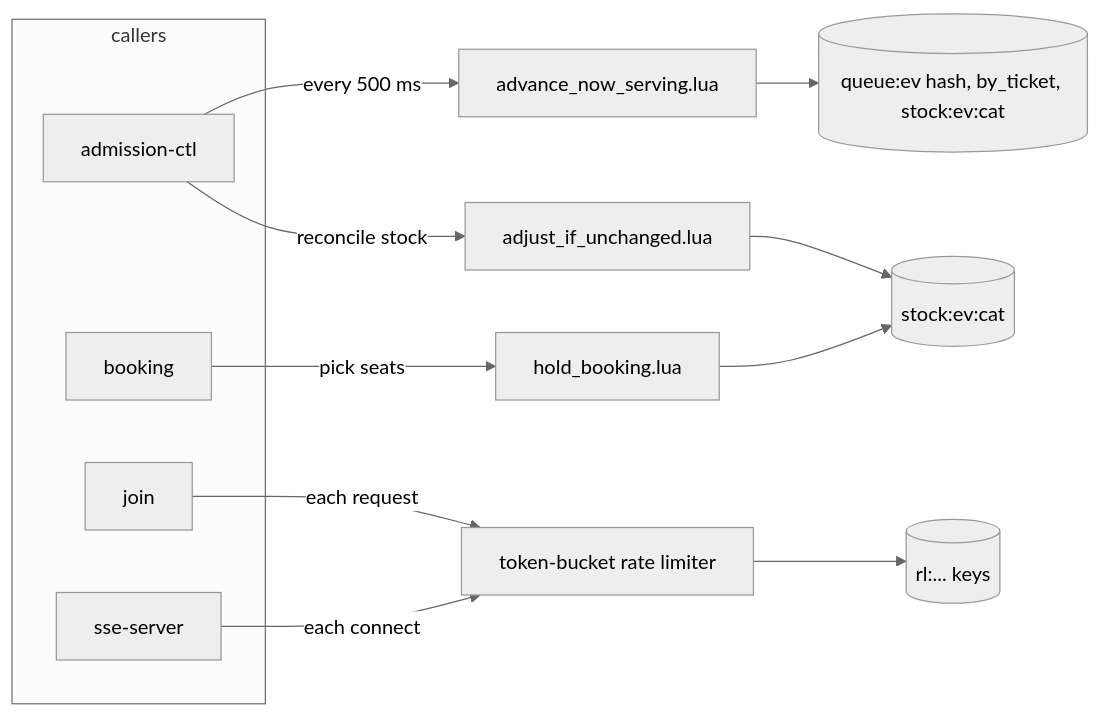
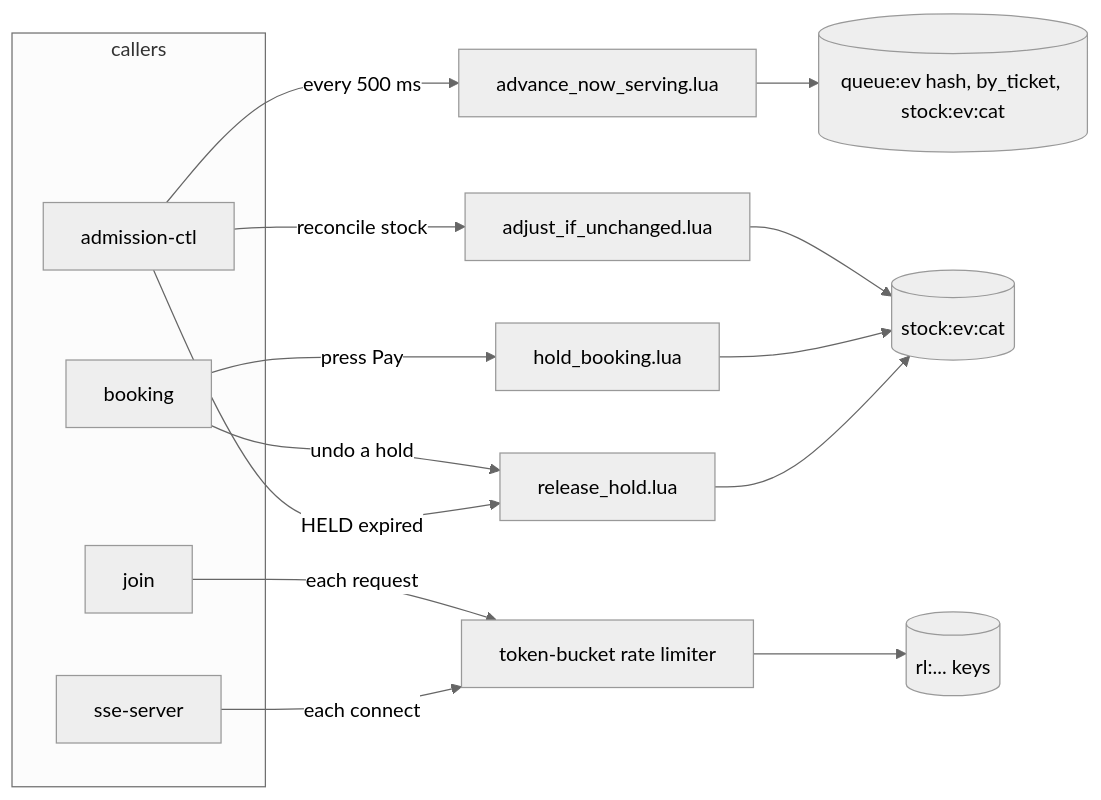
Before and after one commit to PTServerJanganTumbang-BookingTicket/be-rusuh-war-ticketing: the diagram in docs/lua-scripts.md, drawn with Mermaid (neutral theme). The commit also changed other lines of this file and 6 other files, not shown here.

````diff
--- a/docs/lua-scripts.md
+++ b/docs/lua-scripts.md
@@ -18,18 +19,21 @@
 ```mermaid
 flowchart LR
     subgraph callers
         CTL[admission-ctl]
         JOIN[join]
         SSE[sse-server]
         BOOK[booking]
     end
     CTL -->|every 500 ms| ADV[advance_now_serving.lua]
     CTL -->|reconcile stock| ADJ[adjust_if_unchanged.lua]
-    BOOK -->|pick seats| HOLD[hold_booking.lua]
+    BOOK -->|press Pay| HOLD[hold_booking.lua]
+    BOOK -->|undo a hold| REL[release_hold.lua]
+    CTL -->|HELD expired| REL
     JOIN -->|each request| RL[token-bucket rate limiter]
     SSE -->|each connect| RL
     ADV --> Q[(queue:ev hash, by_ticket, stock:ev:cat)]
     ADJ --> S[(stock:ev:cat)]
     HOLD --> S
+    REL --> S
     RL --> L[(rl:... keys)]
 ```
````
